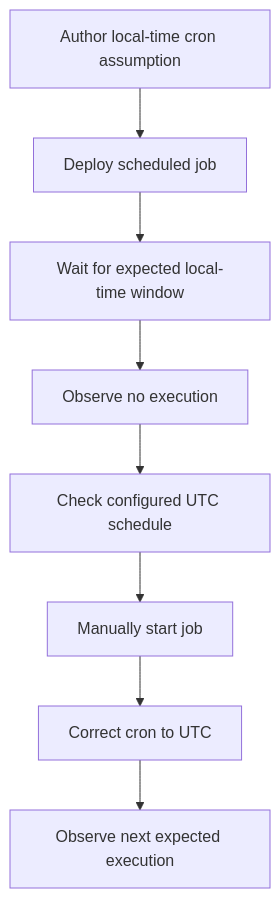
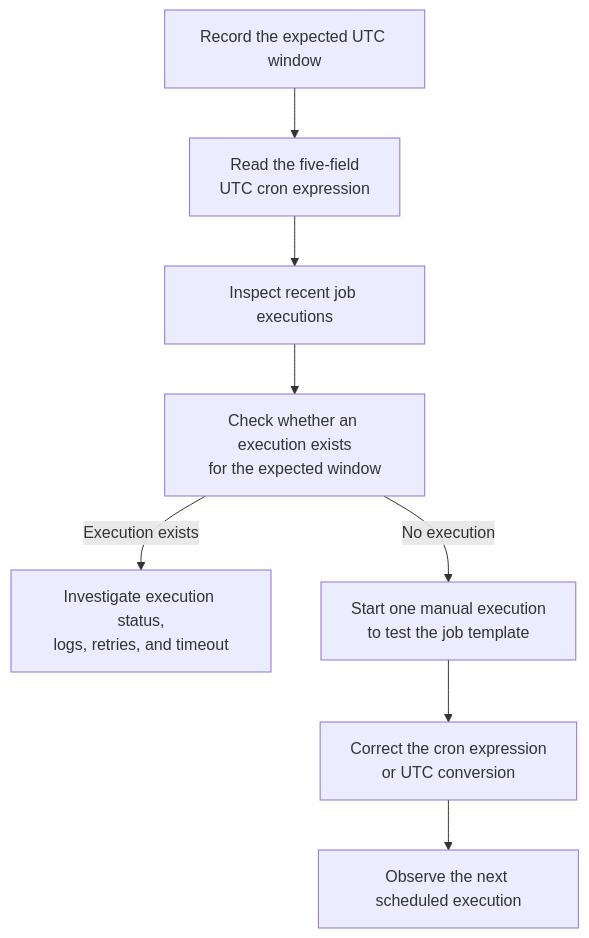
Before and after one commit to yeongseon/azure-container-apps-practical-guide: the diagram in docs/troubleshooting/lab-guides/scheduled-job-missed.md, drawn with Mermaid. The commit also changed other lines of this file and 19 other files, not shown here.

First line of the commit message:
docs(diagrams): migrate remaining troubleshooting diagrams (#629)

````diff
--- a/docs/troubleshooting/lab-guides/scheduled-job-missed.md
+++ b/docs/troubleshooting/lab-guides/scheduled-job-missed.md
@@ -52,10 +52,22 @@
 ```mermaid
 flowchart TD
-    A[Author local-time cron assumption] --> B[Deploy scheduled job]
-    B --> C[Wait for expected local-time window]
-    C --> D[Observe no execution]
-    D --> E[Check configured UTC schedule]
-    E --> F[Manually start job]
-    F --> G[Correct cron to UTC]
-    G --> H[Observe next expected execution]
+    accTitle: Distinguish a missed schedule from an execution failure
+    accDescr: Compare the five-field UTC cron expression and execution history, use a manual run to test the job template, then correct the schedule and observe the next trigger.
+
+    EXPECT[Record the expected UTC window]
+    CONFIG[Read the five-field<br/>UTC cron expression]
+    HISTORY[Inspect recent job executions]
+    TRIGGERED[Check whether an execution exists<br/>for the expected window]
+    FAILURE[Investigate execution status,<br/>logs, retries, and timeout]
+    MANUAL[Start one manual execution<br/>to test the job template]
+    FIX[Correct the cron expression<br/>or UTC conversion]
+    VERIFY[Observe the next scheduled execution]
+
+    EXPECT --> CONFIG
+    CONFIG --> HISTORY
+    HISTORY --> TRIGGERED
+    TRIGGERED -->|Execution exists| FAILURE
+    TRIGGERED -->|No execution| MANUAL
+    MANUAL --> FIX
+    FIX --> VERIFY
 ```
````
